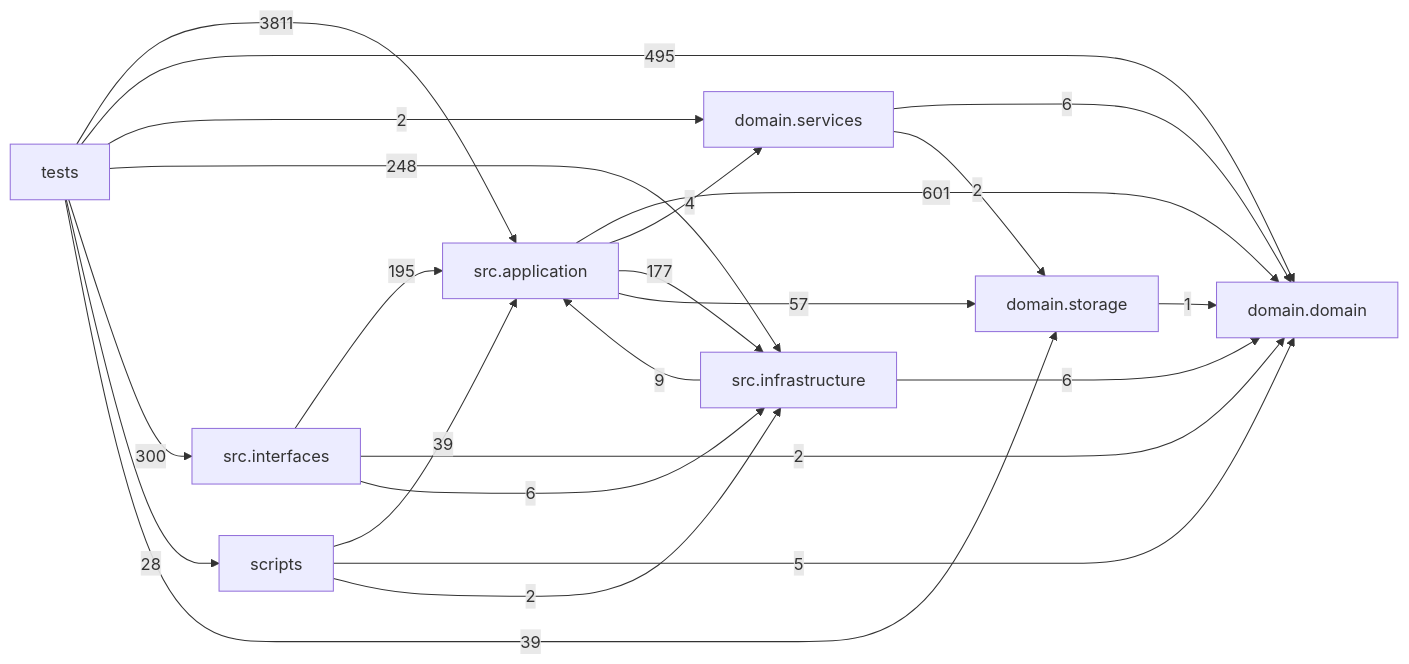
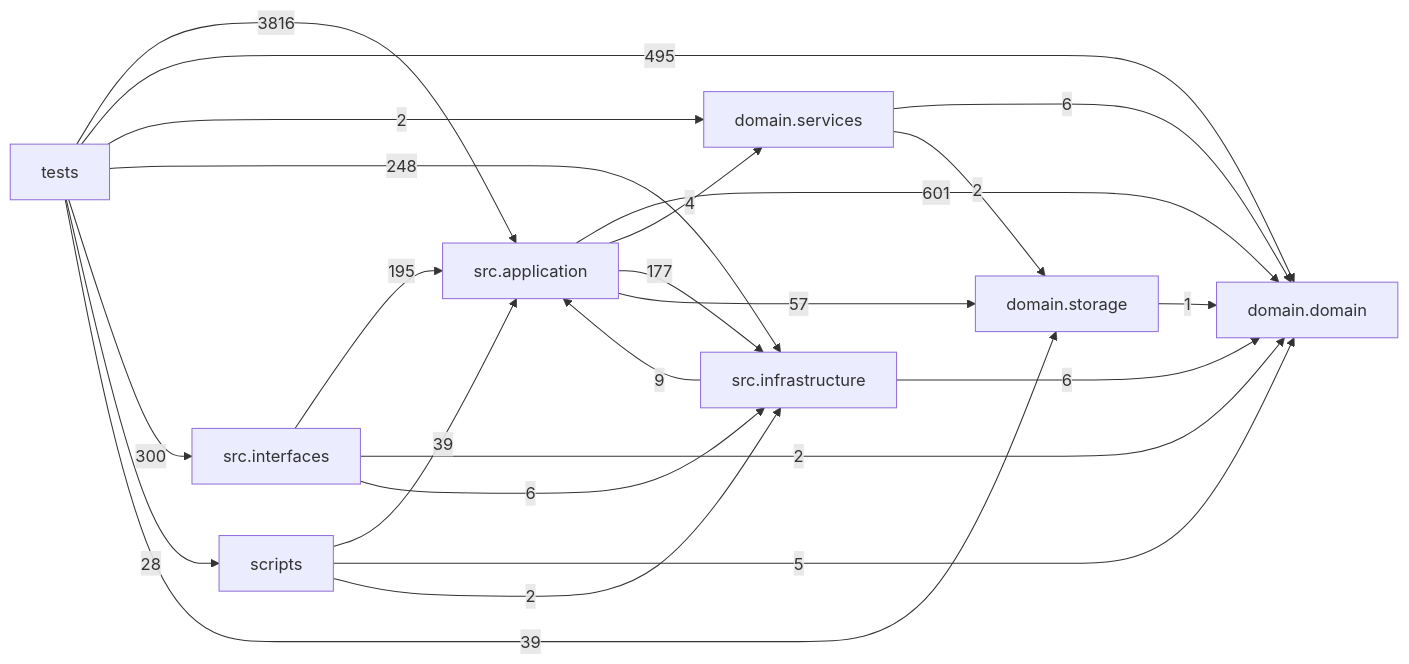
Before and after one commit to liuxie066/options-monitor: the diagram in docs/DEPENDENCY_GRAPH.md, drawn with Mermaid. The commit also changed other lines of this file and 8 other files, not shown here.

````diff
--- a/docs/DEPENDENCY_GRAPH.md
+++ b/docs/DEPENDENCY_GRAPH.md
@@ -24,33 +24,33 @@
 ```mermaid
 flowchart LR
   tests["tests"]
   scripts["scripts"]
   interfaces["src.interfaces"]
   application["src.application"]
   infrastructure["src.infrastructure"]
   domain_services["domain.services"]
   domain["domain.domain"]
   storage["domain.storage"]
   application -->|601| domain
   application -->|4| domain_services
   application -->|177| infrastructure
   application -->|57| storage
   domain_services -->|6| domain
   domain_services -->|2| storage
   infrastructure -->|9| application
   infrastructure -->|6| domain
   interfaces -->|195| application
   interfaces -->|2| domain
   interfaces -->|6| infrastructure
   scripts -->|39| application
   scripts -->|5| domain
   scripts -->|2| infrastructure
   storage -->|1| domain
-  tests -->|3811| application
+  tests -->|3816| application
   tests -->|495| domain
   tests -->|2| domain_services
   tests -->|248| infrastructure
   tests -->|300| interfaces
   tests -->|28| scripts
   tests -->|39| storage
 ```
````
